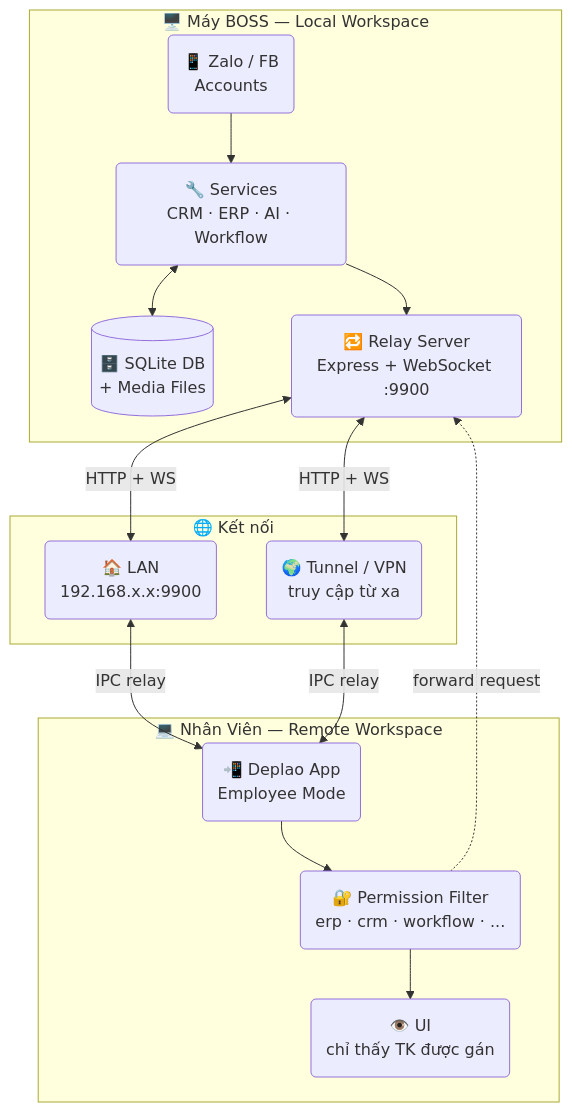
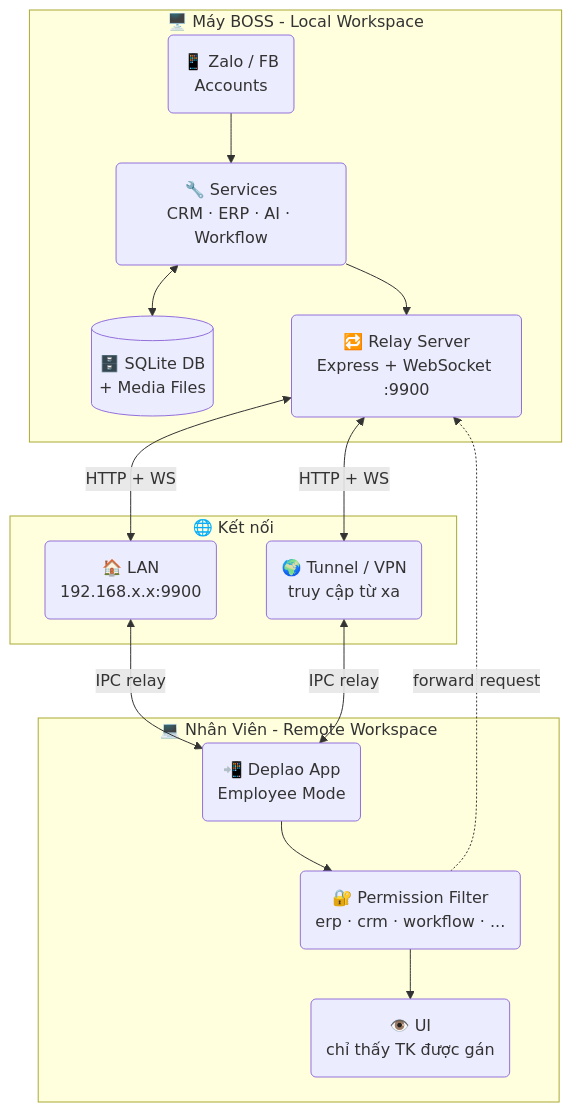
The third of 4 diagrams in README.md (dongphuongman/deplao), drawn with Mermaid before and after one commit. The commit also changed other lines of this file and 224 other files, not shown here.

````diff
--- a/README.md
+++ b/README.md
@@ -287,29 +287,29 @@
 ```mermaid
 flowchart TB
-    subgraph BOSS["🖥️ Máy BOSS — Local Workspace"]
+    subgraph BOSS["🖥️ Máy BOSS - Local Workspace"]
         BZ("📱 Zalo / FB\nAccounts")
         BSV("🔧 Services\nCRM · ERP · AI · Workflow")
         BSD[("🗄️ SQLite DB\n+ Media Files")]
         BRL("🔁 Relay Server\nExpress + WebSocket :9900")
     end
 
     subgraph NET["🌐 Kết nối"]
         LAN("🏠 LAN\n192.168.x.x:9900")
         WAN("🌍 Tunnel / VPN\ntruy cập từ xa")
     end
 
-    subgraph EMP["💻 Nhân Viên — Remote Workspace"]
+    subgraph EMP["💻 Nhân Viên - Remote Workspace"]
         EA("📲 Deplao App\nEmployee Mode")
         EP("🔐 Permission Filter\nerp · crm · workflow · ...")
         EU("👁️ UI\nchỉ thấy TK được gán")
     end
 
     BZ --> BSV
     BSV <--> BSD
     BSV --> BRL
     BRL <-->|HTTP + WS| LAN & WAN
     LAN <-->|IPC relay| EA
     WAN <-->|IPC relay| EA
     EA --> EP --> EU
     EP -.->|forward request| BRL
 ```
````
